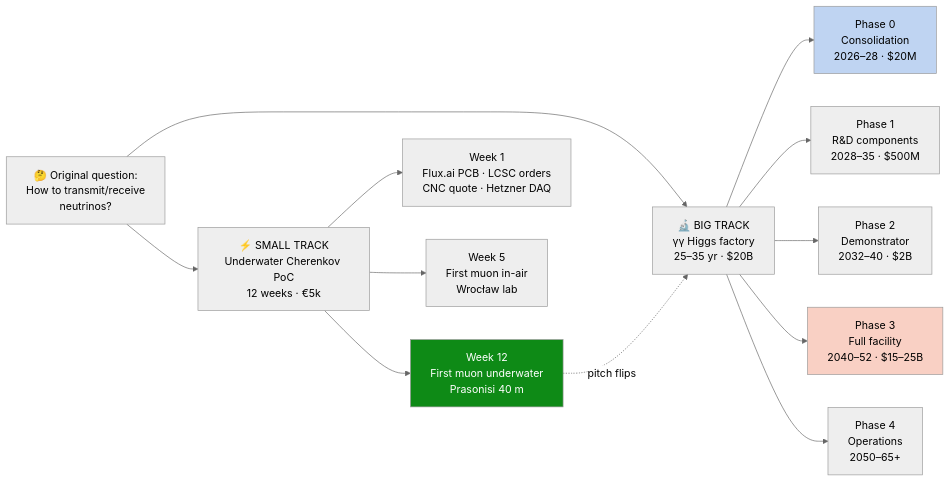
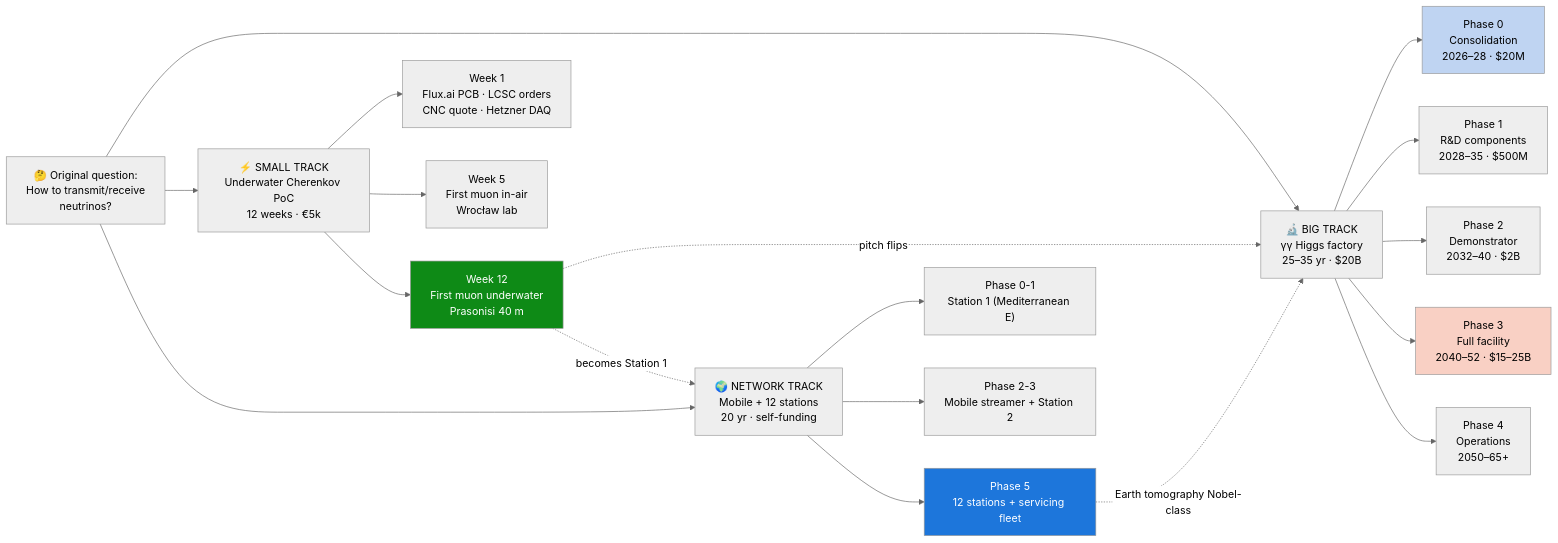
The first of 6 diagrams in README.md (asdfgh0318/gamma-gamma-collider-roadmap), drawn with Mermaid (neutral theme) before and after one commit. The commit also changed other lines of this file and 3 other files, not shown here.

````diff
--- a/README.md
+++ b/README.md
@@ -13,22 +13,30 @@
 ```mermaid
 flowchart LR
     Q["🤔 Original question:<br/>How to transmit/receive<br/>neutrinos?"]
 
     Q --> BIG["🔬 BIG TRACK<br/>γγ Higgs factory<br/>25–35 yr · $20B"]
     Q --> SMALL["⚡ SMALL TRACK<br/>Underwater Cherenkov PoC<br/>12 weeks · €5k"]
+    Q --> NET["🌍 NETWORK TRACK<br/>Mobile + 12 stations<br/>20 yr · self-funding"]
 
     BIG --> P0["Phase 0<br/>Consolidation<br/>2026–28 · $20M"]
     BIG --> P1["Phase 1<br/>R&D components<br/>2028–35 · $500M"]
     BIG --> P2["Phase 2<br/>Demonstrator<br/>2032–40 · $2B"]
     BIG --> P3["Phase 3<br/>Full facility<br/>2040–52 · $15–25B"]
     BIG --> P4["Phase 4<br/>Operations<br/>2050–65+"]
 
     SMALL --> W1["Week 1<br/>Flux.ai PCB · LCSC orders<br/>CNC quote · Hetzner DAQ"]
     SMALL --> W5["Week 5<br/>First muon in-air<br/>Wrocław lab"]
     SMALL --> W12["Week 12<br/>First muon underwater<br/>Prasonisi 40 m"]
 
+    NET --> N1["Phase 0-1<br/>Station 1 (Mediterranean E)"]
+    NET --> N3["Phase 2-3<br/>Mobile streamer + Station 2"]
+    NET --> N5["Phase 5<br/>12 stations + servicing fleet"]
+
     W12 -.->|pitch flips| BIG
+    W12 -.->|becomes Station 1| NET
+    N5 -.->|Earth tomography Nobel-class| BIG
     style W12 fill:#0E8A16,color:#fff
+    style N5 fill:#1D76DB,color:#fff
     style P0 fill:#BFD4F2
     style P3 fill:#F9D0C4
 ```
````
